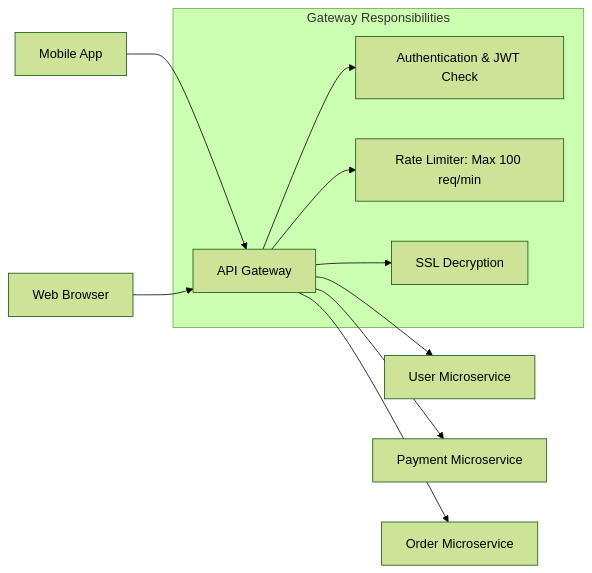
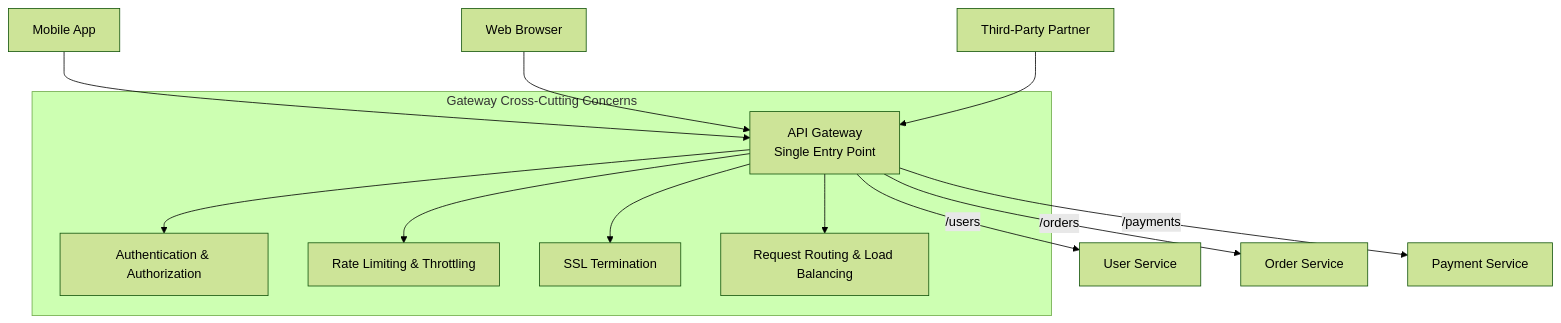
Diagram 18 of 22 in README.md (Sujalkathait/high-level-design), drawn with Mermaid (forest theme) before and after one commit. The commit also changed other lines of this file, not shown here.

Commit message:
docs: complete Stage 1 (Phase 1 & Phase 2) with 31 topics, diagrams & simple English

````diff
--- a/README.md
+++ b/README.md
@@ -463,15 +575,17 @@
 ```mermaid
-graph LR
-    MobileApp[Mobile App] --> Gateway[API Gateway]
-    BrowserApp[Web Browser] --> Gateway
+graph TD
+    Client1[Mobile App] --> Gateway[API Gateway\nSingle Entry Point]
+    Client2[Web Browser] --> Gateway
+    Client3[Third-Party Partner] --> Gateway
 
-    subgraph Functions [Gateway Responsibilities]
-        Gateway --> Auth[Authentication & JWT Check]
-        Gateway --> RateLimit[Rate Limiter: Max 100 req/min]
-        Gateway --> SSL[SSL Decryption]
+    subgraph CommonServices [Gateway Cross-Cutting Concerns]
+        Gateway --> G1[Authentication & Authorization]
+        Gateway --> G2[Rate Limiting & Throttling]
+        Gateway --> G3[SSL Termination]
+        Gateway --> G4[Request Routing & Load Balancing]
     end
 
-    Gateway --> S_User[User Microservice]
-    Gateway --> S_Payment[Payment Microservice]
-    Gateway --> S_Order[Order Microservice]
+    Gateway -- /users --> S1[User Service]
+    Gateway -- /orders --> S2[Order Service]
+    Gateway -- /payments --> S3[Payment Service]
 ```
````
